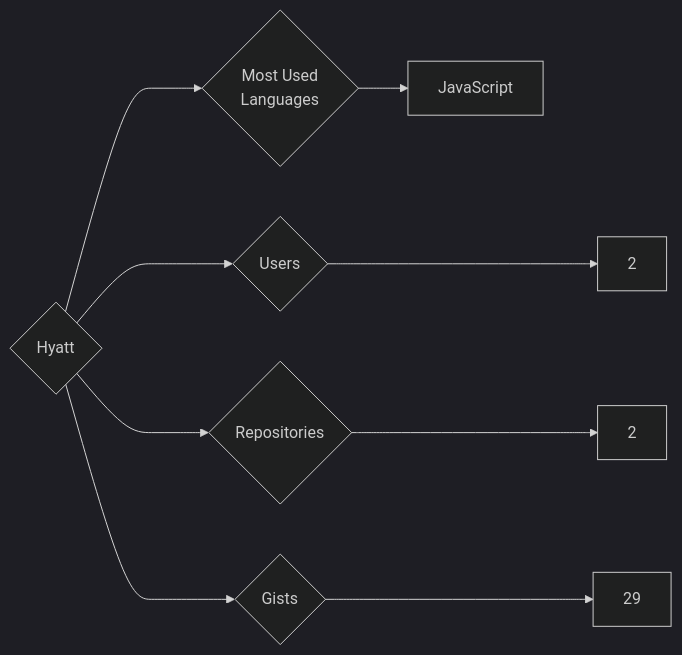
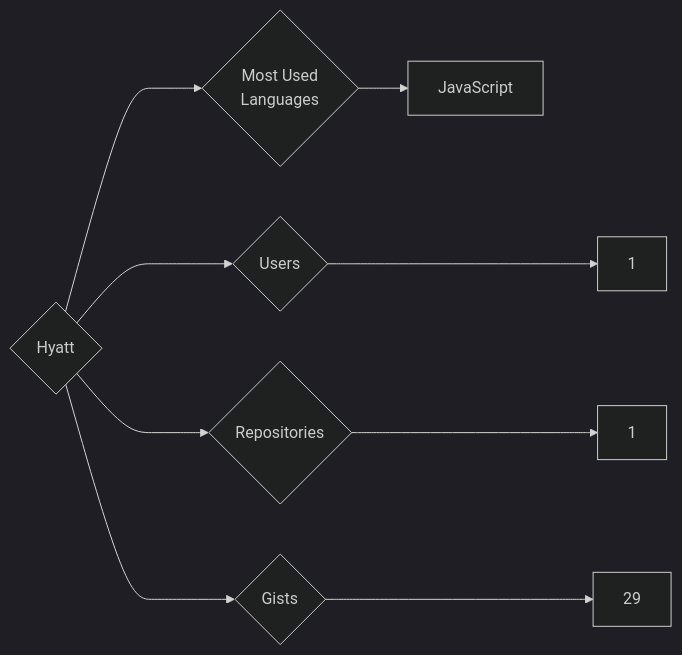
The diagram in targets/Hyatt/README.md (trickest/insiders), drawn with Mermaid (dark theme) before and after one commit. The commit also changed 618 other files, not shown here.

````diff
--- a/targets/Hyatt/README.md
+++ b/targets/Hyatt/README.md
@@ -3,9 +3,9 @@
 ```mermaid
 graph LR
 COMPANY_NAME{Hyatt}
-COMPANY_NAME ---> U{Users} ---> UN[2]
-COMPANY_NAME ---> R{Repositories} ---> RN[2]
+COMPANY_NAME ---> U{Users} ---> UN[1]
+COMPANY_NAME ---> R{Repositories} ---> RN[1]
 COMPANY_NAME ---> G{Gists} ---> GN[29]
 COMPANY_NAME ---> ML{Most Used<br>Languages}
 ML --> JavaScript[JavaScript]
 ```
````
